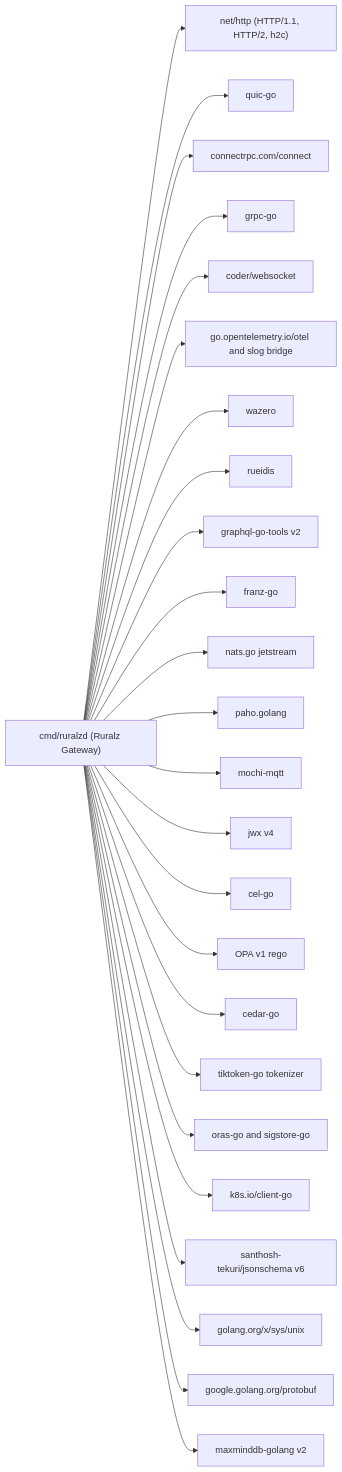
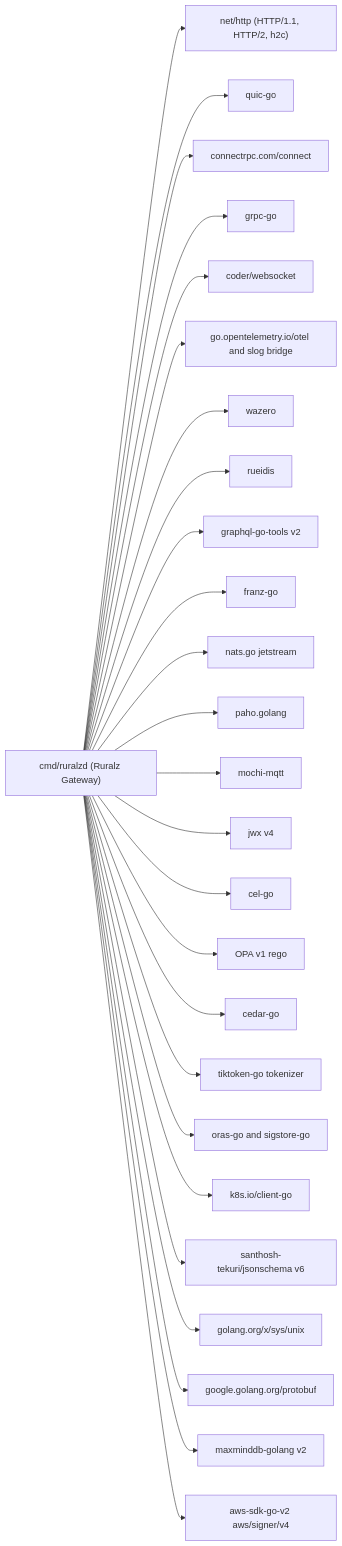
Before and after one commit to ravindu-rev/ruralz: the first of 3 diagrams in docs/engineering/01-tech-stack-and-libraries.md, drawn with Mermaid. The commit also changed other lines of this file and 516 other files, not shown here.

````diff
--- a/docs/engineering/01-tech-stack-and-libraries.md
+++ b/docs/engineering/01-tech-stack-and-libraries.md
@@ -117,52 +117,54 @@
 ```mermaid
 flowchart LR
   dp["cmd/ruralzd (Ruralz Gateway)"]
   http["net/http (HTTP/1.1, HTTP/2, h2c)"]
   quic["quic-go"]
   connect["connectrpc.com/connect"]
   grpc["grpc-go"]
   ws["coder/websocket"]
   otel["go.opentelemetry.io/otel and slog bridge"]
   wazero["wazero"]
   rueidis["rueidis"]
   gql["graphql-go-tools v2"]
   franz["franz-go"]
   nats["nats.go jetstream"]
   paho["paho.golang"]
   mochi["mochi-mqtt"]
   jwx["jwx v4"]
   cel["cel-go"]
   opa["OPA v1 rego"]
   cedar["cedar-go"]
   tik["tiktoken-go tokenizer"]
   oras["oras-go and sigstore-go"]
   k8s["k8s.io/client-go"]
   jss["santhosh-tekuri/jsonschema v6"]
   xsys["golang.org/x/sys/unix"]
   pb["google.golang.org/protobuf"]
   mmdb["maxminddb-golang v2"]
+  sigv4["aws-sdk-go-v2 aws/signer/v4"]
   dp --> http
   dp --> quic
   dp --> connect
   dp --> grpc
   dp --> ws
   dp --> otel
   dp --> wazero
   dp --> rueidis
   dp --> gql
   dp --> franz
   dp --> nats
   dp --> paho
   dp --> mochi
   dp --> jwx
   dp --> cel
   dp --> opa
   dp --> cedar
   dp --> tik
   dp --> oras
   dp --> k8s
   dp --> jss
   dp --> xsys
   dp --> pb
   dp --> mmdb
+  dp --> sigv4
 ```
````
